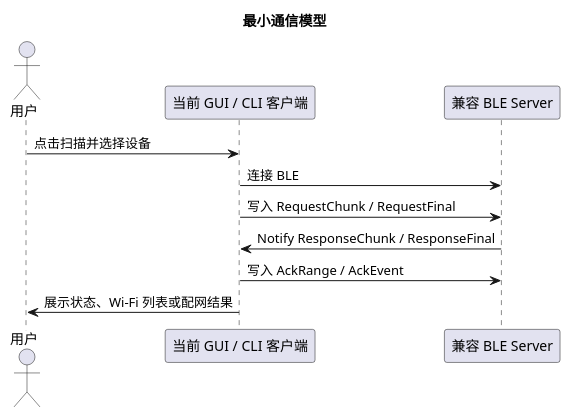
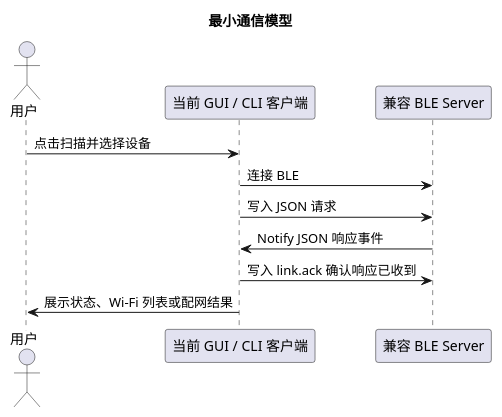
One commit to GrooveWJH/ble-command-gateway changed the first of 7 diagrams in docs/COMPATIBLE_BLE_SERVER_IMPLEMENTATION_ZH.md. Above: the diagram before and after it, drawn with PlantUML. The commit also changed other lines of this file and 39 other files, not shown here.

````diff
--- a/docs/COMPATIBLE_BLE_SERVER_IMPLEMENTATION_ZH.md
+++ b/docs/COMPATIBLE_BLE_SERVER_IMPLEMENTATION_ZH.md
@@ -22,17 +20,17 @@
 ```plantuml
 @startuml
 title 最小通信模型
 
 actor User as "用户"
 participant Client as "当前 GUI / CLI 客户端"
 participant Server as "兼容 BLE Server"
 
 User -> Client: 点击扫描并选择设备
 Client -> Server: 连接 BLE
-Client -> Server: 写入 RequestChunk / RequestFinal
-Server -> Client: Notify ResponseChunk / ResponseFinal
-Client -> Server: 写入 AckRange / AckEvent
+Client -> Server: 写入 JSON 请求
+Server -> Client: Notify JSON 响应事件
+Client -> Server: 写入 link.ack 确认响应已收到
 Client -> User: 展示状态、Wi-Fi 列表或配网结果
 
 @enduml
 ```
````
